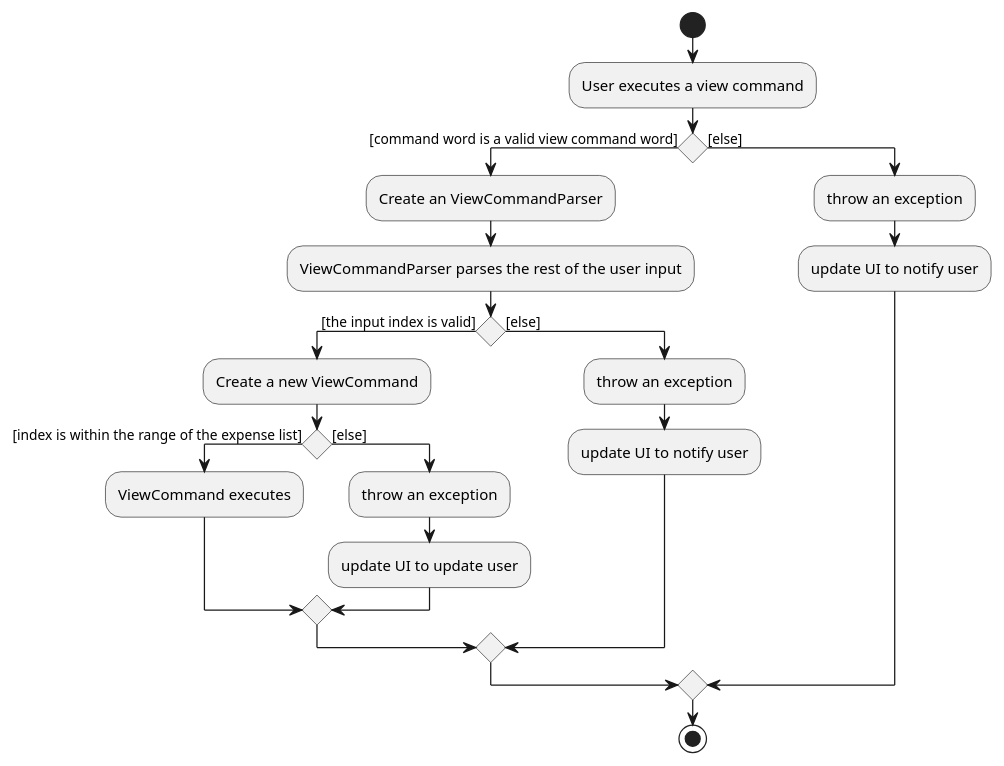
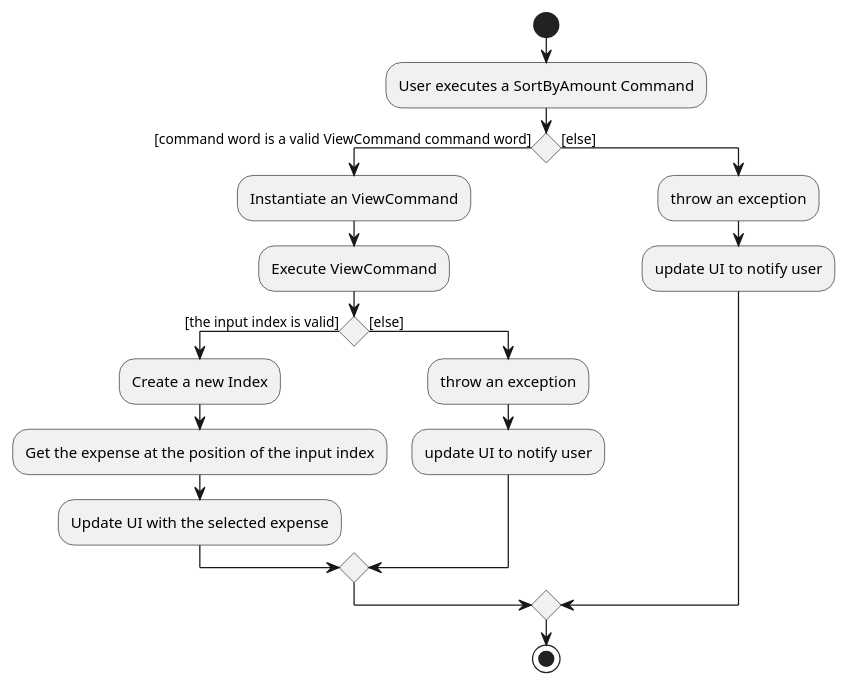
The diagram in docs/diagrams/ViewActivityDiagram.puml (yyutong/tp), drawn with PlantUML before and after one commit. The commit also changed 12 other files, not shown here.

```diff
--- a/docs/diagrams/ViewActivityDiagram.puml
+++ b/docs/diagrams/ViewActivityDiagram.puml
@@ -1,36 +1,24 @@
 @startuml
 start
-:User executes a view command;
+:User executes a SortByAmount Command;
 
 'Since the beta syntax does not support placing the condition outside the
 'diamond we place it as the true branch instead.
 
-if () then ([command word is a valid view command word])
-    :Create an ViewCommandParser;
-    :ViewCommandParser parses the rest of the user input;
+if () then ([command word is a valid ViewCommand command word])
+    :Instantiate an ViewCommand;
+    :Execute ViewCommand;
     if () then ([the input index is valid])
-        :Create a new ViewCommand;
-        if () then ([index is within the range of the expense list])
-            :ViewCommand executes;
-        else ([else])
-            :throw an exception;
-            :update UI to update user;
-        endif
-
-'        if () then ([the given index is valid])
-'            :Create a new Description and add it to the expense at the given index;
-'            :Update UI with the current expense and corresponding expense list;
-'        else ([else])
-'            :throw an exception;
-'            :update UI to notify user;
-'        endif
+        :Create a new Index;
+        :Get the expense at the position of the input index;
+        :Update UI with the selected expense;
     else ([else])
         :throw an exception;
         :update UI to notify user;
     endif
 else ([else])
     :throw an exception;
     :update UI to notify user;
 endif
 stop
 @enduml
```
